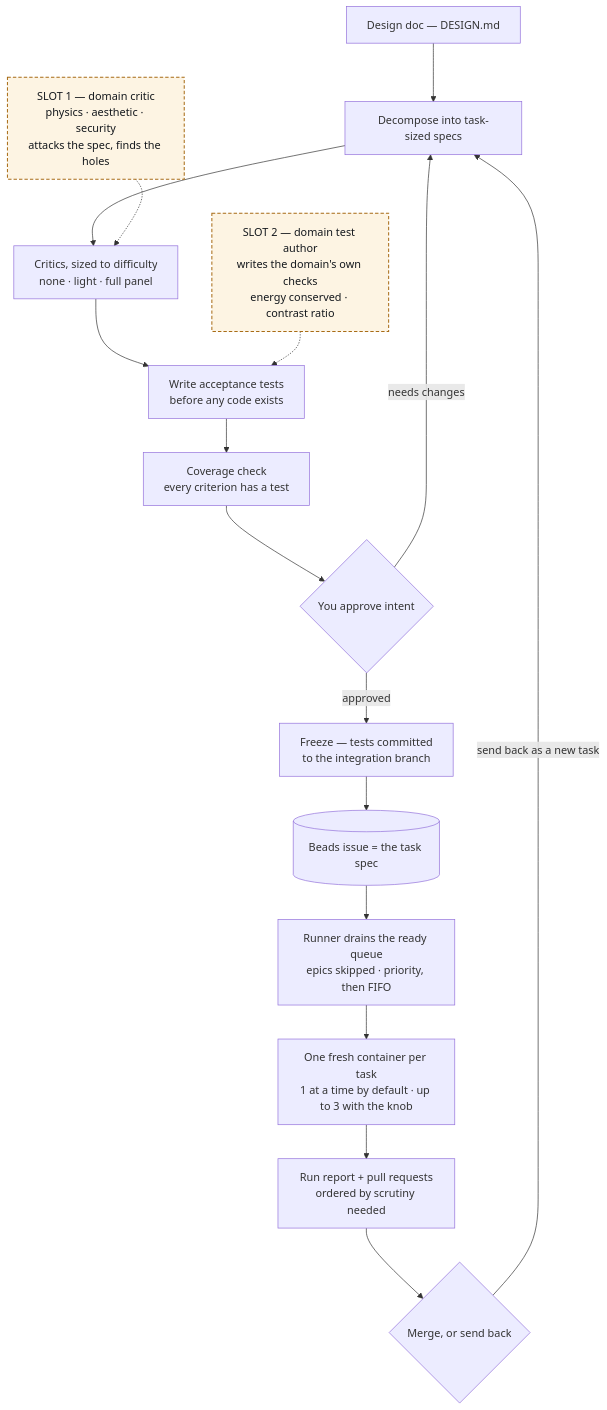
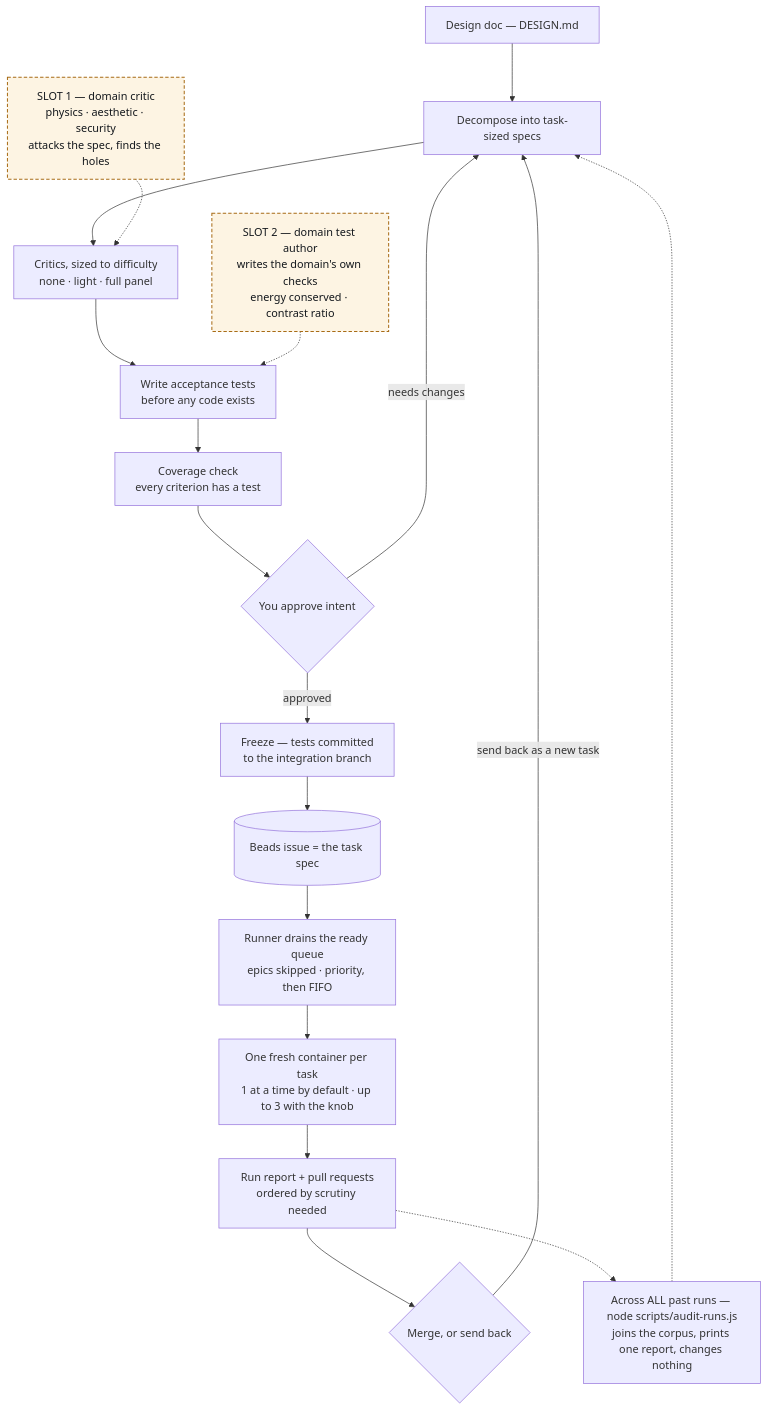
One commit to Chadleewalker/Multi-AgentPipelines changed the first of 5 diagrams in docs/pipeline-diagram.md. Above: the diagram before and after it, drawn with Mermaid. The commit also changed other lines of this file and 7 other files, not shown here.

````diff
--- a/docs/pipeline-diagram.md
+++ b/docs/pipeline-diagram.md
@@ -14,21 +14,23 @@
 ```mermaid
 flowchart TB
   A["Design doc — DESIGN.md"] --> B["Decompose into task-sized specs"]
   B --> C["Critics, sized to difficulty<br/>none · light · full panel"]
   SP1["SLOT 1 — domain critic<br/>physics · aesthetic · security<br/>attacks the spec, finds the holes"] -.-> C
   C --> D["Write acceptance tests<br/>before any code exists"]
   SP2["SLOT 2 — domain test author<br/>writes the domain's own checks<br/>energy conserved · contrast ratio"] -.-> D
   D --> E["Coverage check<br/>every criterion has a test"]
   E --> F{"You approve intent"}
   F -->|"needs changes"| B
   F -->|"approved"| G["Freeze — tests committed<br/>to the integration branch"]
   G --> H[("Beads issue = the task spec")]
   H --> I["Runner drains the ready queue<br/>epics skipped · priority, then FIFO"]
   I --> J["One fresh container per task<br/>1 at a time by default · up to 3 with the knob"]
   J --> K["Run report + pull requests<br/>ordered by scrutiny needed"]
   K --> L{"Merge, or send back"}
   L -->|"send back as a new task"| B
+  K -.-> AUD["Across ALL past runs — node scripts/audit-runs.js<br/>joins the corpus, prints one report, changes nothing"]
+  AUD -.-> B
 
   classDef specialist fill:#fdf4e3,stroke:#a86c17,stroke-width:1.5px,stroke-dasharray:5 3,color:#14181d
   class SP1,SP2 specialist
 ```
````
